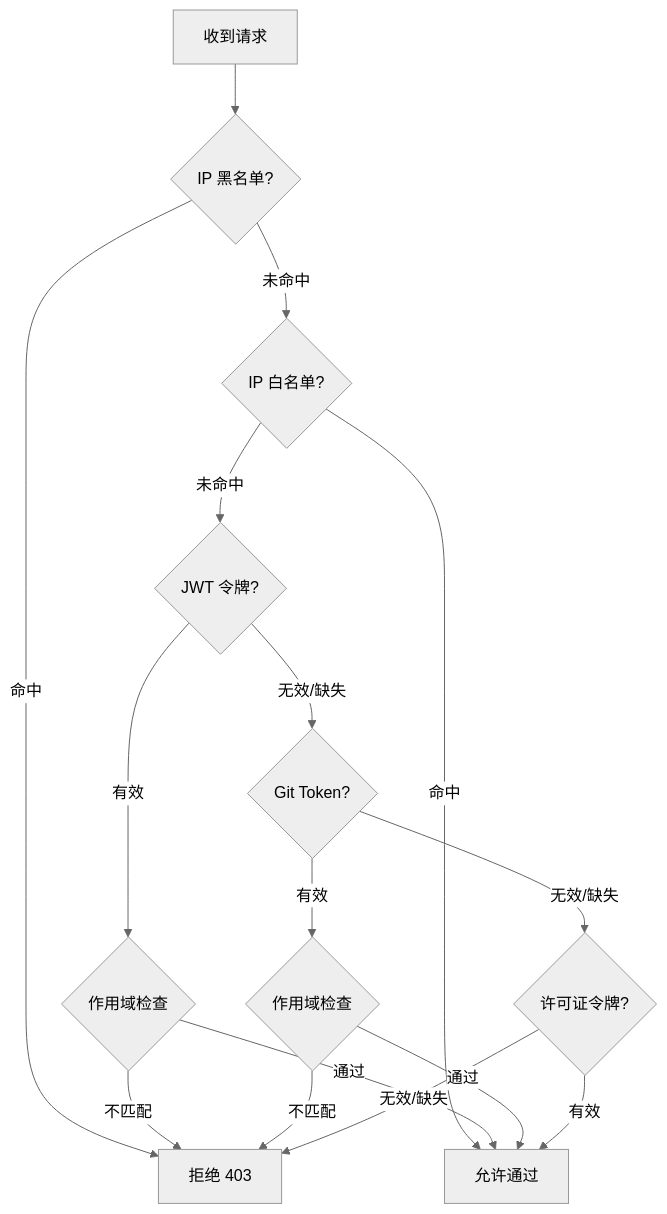
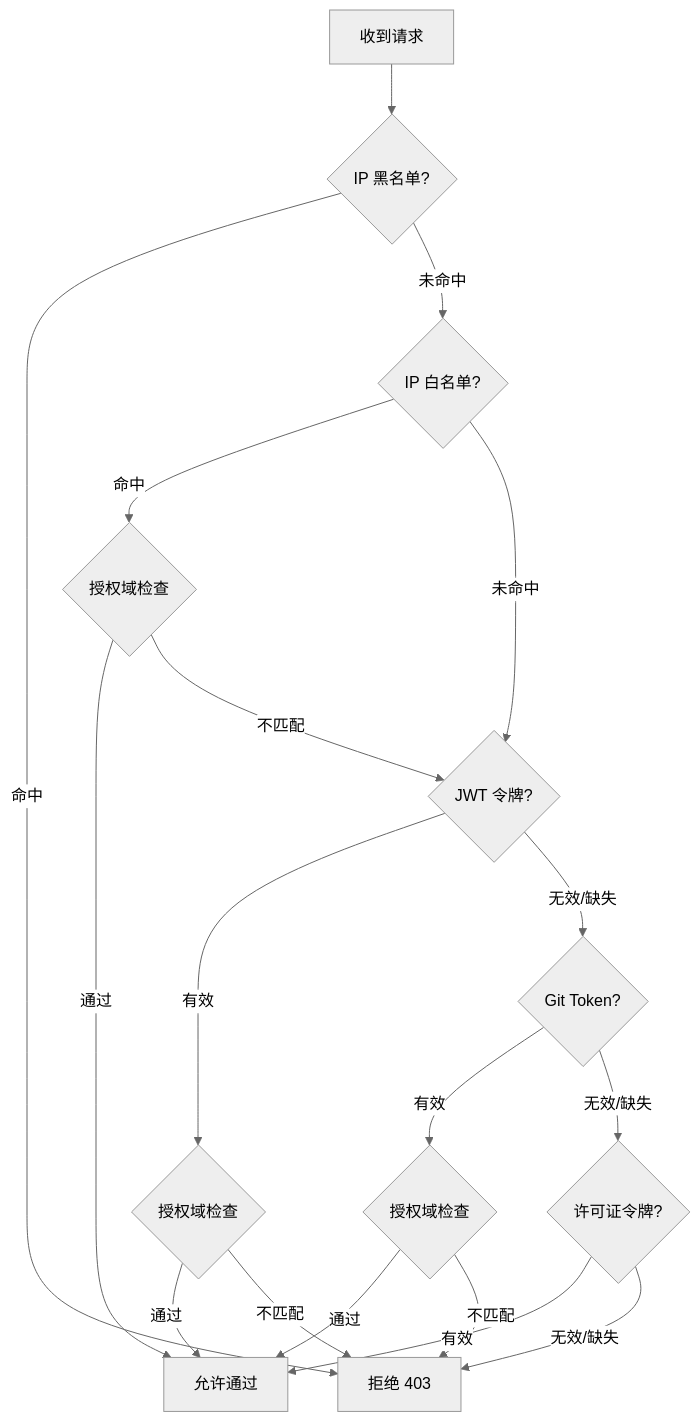
The third of 3 diagrams in docs/architecture/index.zh.md (Flmelody/open-website-defender), drawn with Mermaid (neutral theme) before and after one commit. The commit also changed other lines of this file and 53 other files, not shown here.

````diff
--- a/docs/architecture/index.zh.md
+++ b/docs/architecture/index.zh.md
@@ -59,18 +59,20 @@
 ```mermaid
 graph TD
     A[收到请求] --> B{IP 黑名单?}
     B -->|命中| C[拒绝 403]
     B -->|未命中| D{IP 白名单?}
-    D -->|命中| E[允许通过]
+    D -->|命中| D2{授权域检查}
+    D2 -->|通过| E[允许通过]
+    D2 -->|不匹配| F
     D -->|未命中| F{JWT 令牌?}
-    F -->|有效| G{作用域检查}
+    F -->|有效| G{授权域检查}
     G -->|通过| E
     G -->|不匹配| C
     F -->|无效/缺失| H{Git Token?}
-    H -->|有效| I{作用域检查}
+    H -->|有效| I{授权域检查}
     I -->|通过| E
     I -->|不匹配| C
     H -->|无效/缺失| J{许可证令牌?}
     J -->|有效| E
     J -->|无效/缺失| C
 ```
````
